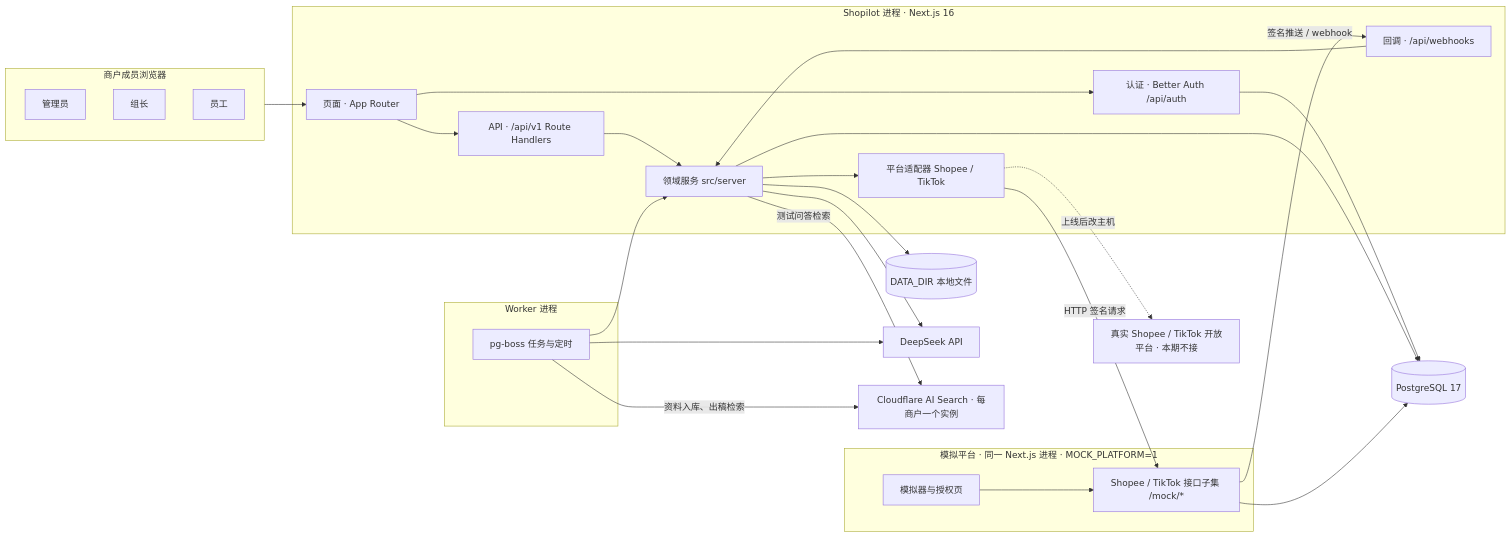
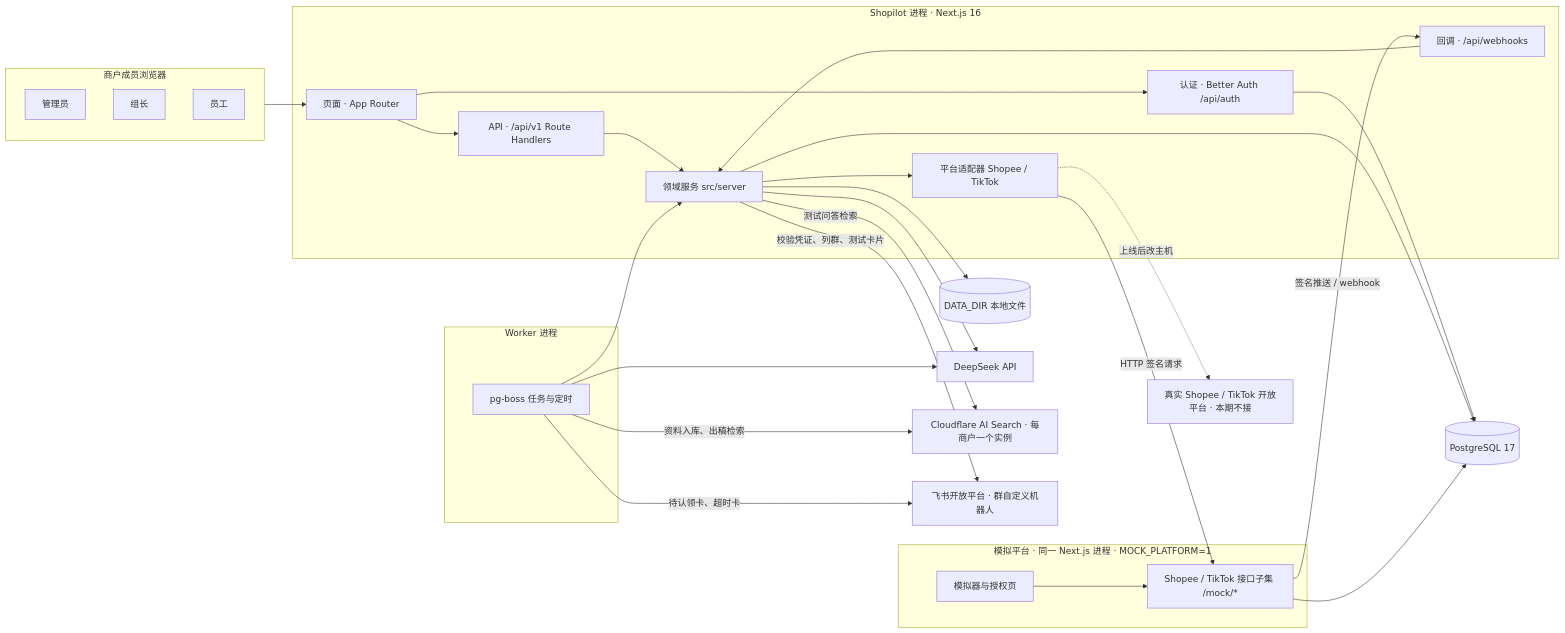
One commit to Bearisbug/shopilot changed the first of 33 diagrams in docs/DESIGN.md. Above: the diagram before and after it, drawn with Mermaid. The commit also changed other lines of this file and 3 other files, not shown here.

````diff
--- a/docs/DESIGN.md
+++ b/docs/DESIGN.md
@@ -663,47 +817,50 @@
 ```mermaid
 flowchart LR
   subgraph users[商户成员浏览器]
     admin[管理员]
     lead[组长]
     agent[员工]
   end
   subgraph app[Shopilot 进程 · Next.js 16]
     pages[页面 · App Router]
     api[API · /api/v1 Route Handlers]
     hooks[回调 · /api/webhooks]
     auth[认证 · Better Auth /api/auth]
     core[领域服务 src/server]
     adapters[平台适配器 Shopee / TikTok]
   end
   subgraph worker[Worker 进程]
     jobs[pg-boss 任务与定时]
   end
   subgraph mock[模拟平台 · 同一 Next.js 进程 · MOCK_PLATFORM=1]
     mockapi[Shopee / TikTok 接口子集 /mock/*]
     sim[模拟器与授权页]
   end
   db[(PostgreSQL 17)]
   files[(DATA_DIR 本地文件)]
   ds[DeepSeek API]
   cfs[Cloudflare AI Search · 每商户一个实例]
+  fs[飞书开放平台 · 群自定义机器人]
   real[真实 Shopee / TikTok 开放平台 · 本期不接]
   users --> pages
   pages --> api
   pages --> auth
   api --> core
   hooks --> core
   auth --> db
   core --> db
   core --> files
   core --> adapters
   jobs --> core
   jobs --> ds
   core --> ds
   jobs -->|资料入库、出稿检索| cfs
   core -->|测试问答检索| cfs
+  jobs -->|待认领卡、超时卡| fs
+  core -->|校验凭证、列群、测试卡片| fs
   adapters -->|HTTP 签名请求| mockapi
   adapters -.->|上线后改主机| real
   mockapi --> db
   sim --> mockapi
   mockapi -->|签名推送 / webhook| hooks
 ```
````
